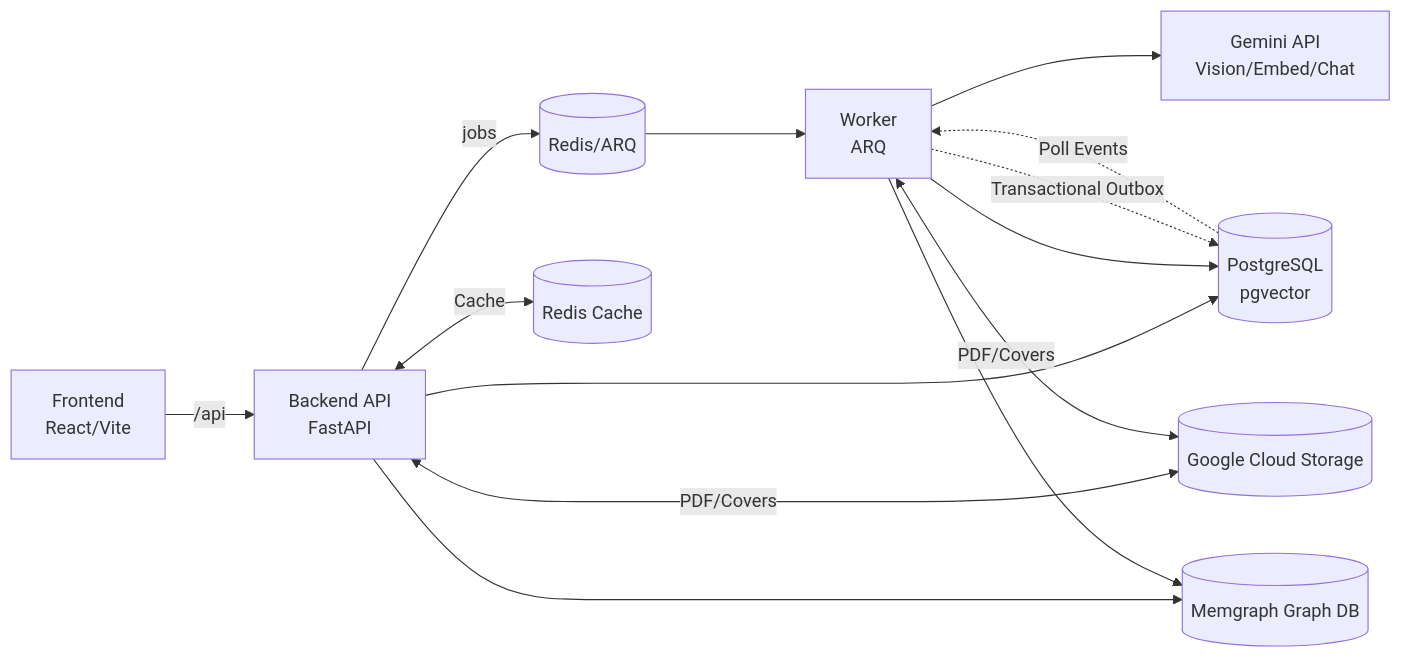
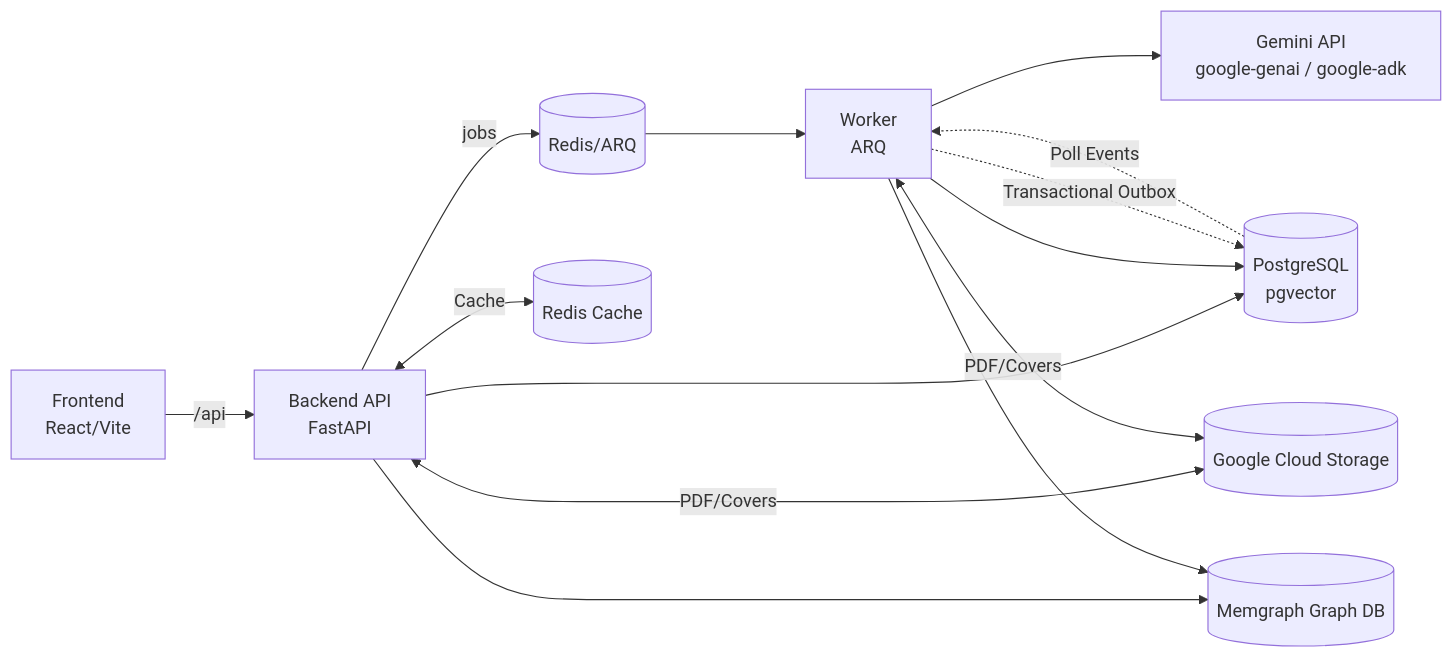
Before and after one commit to Kitabim-AI/kitabim-ai: the diagram in docs/main/SYSTEM_DESIGN.md, drawn with Mermaid. The commit also changed other lines of this file and 73 other files, not shown here.

Commit message:
refactor: migrate to a simplified ADK agent architecture and implement a shared driver for graph repositories

````diff
--- a/docs/main/SYSTEM_DESIGN.md
+++ b/docs/main/SYSTEM_DESIGN.md
@@ -51,16 +53,16 @@
 ```mermaid
 flowchart LR
   FE[Frontend<br/>React/Vite] -->|/api| BE[Backend API<br/>FastAPI]
   BE -->|jobs| RQ[(Redis/ARQ)]
   RQ --> WK[Worker<br/>ARQ]
-  WK --> GEM[Gemini API<br/>Vision/Embed/Chat]
+  WK --> GEM[Gemini API<br/>google-genai / google-adk]
   BE --> DB[(PostgreSQL<br/>pgvector)]
   WK --> DB
   WK -.->|Transactional Outbox| DB
   DB -.->|Poll Events| WK
   BE <-->|PDF/Covers| GCS[(Google Cloud Storage)]
   WK <-->|PDF/Covers| GCS
   BE <--Cache--> CACHE[(Redis Cache)]
   BE --> MG[(Memgraph Graph DB)]
   WK --> MG
 ```
````
